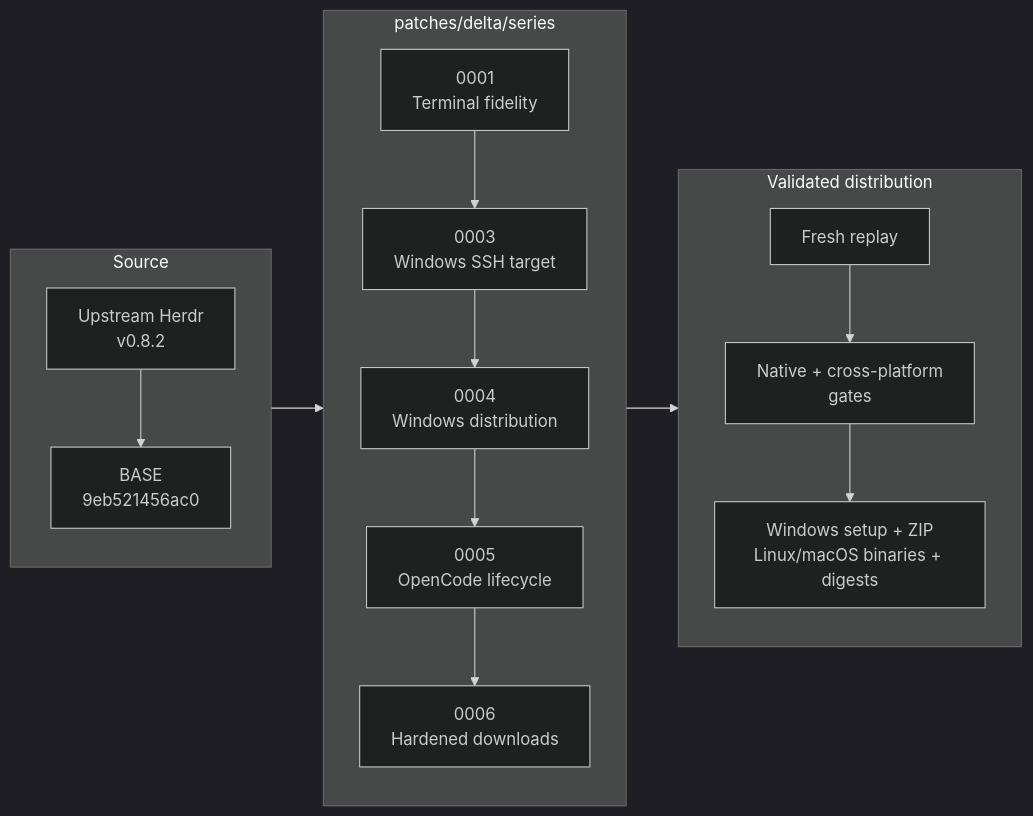
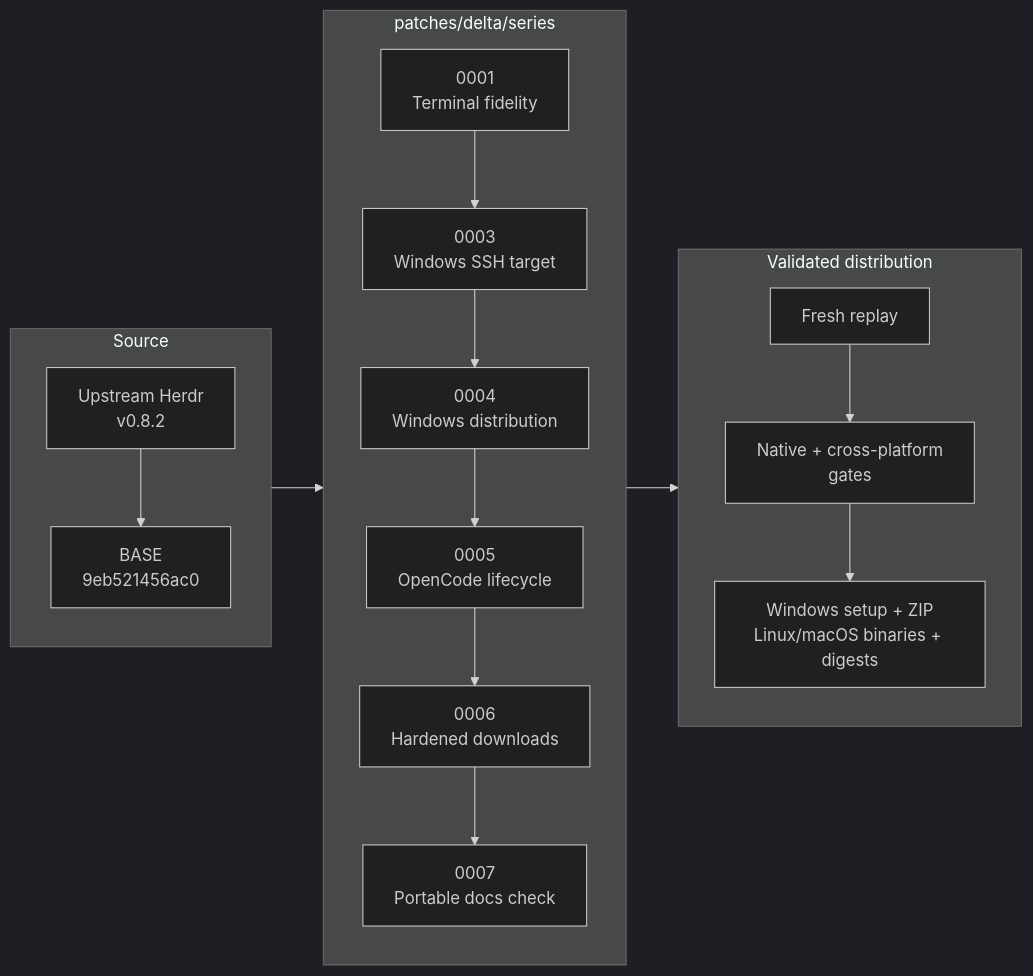
Before and after one commit to hdosys/herdr-win: the diagram in docs/next/README.md, drawn with Mermaid (dark theme). The commit also changed other lines of this file and 9 other files, not shown here.

````diff
--- a/docs/next/README.md
+++ b/docs/next/README.md
@@ -56,24 +57,25 @@
 ```mermaid
 flowchart LR
     subgraph S["Source"]
         direction TB
         U["Upstream Herdr<br/>v0.8.2"] --> B["BASE<br/>9eb521456ac0"]
     end
 
     subgraph Q["patches/delta/series"]
         direction TB
         P1["0001<br/>Terminal fidelity"] --> P3["0003<br/>Windows SSH target"]
         P3 --> P4["0004<br/>Windows distribution"]
         P4 --> P5["0005<br/>OpenCode lifecycle"]
         P5 --> P6["0006<br/>Hardened downloads"]
+        P6 --> P7["0007<br/>Portable docs check"]
     end
 
     subgraph V["Validated distribution"]
         direction TB
         R["Fresh replay"] --> G["Native + cross-platform<br/>gates"]
         G --> A["Windows setup + ZIP<br/>Linux/macOS binaries + digests"]
     end
 
     B --> P1
-    P6 --> R
+    P7 --> R
 ```
````
